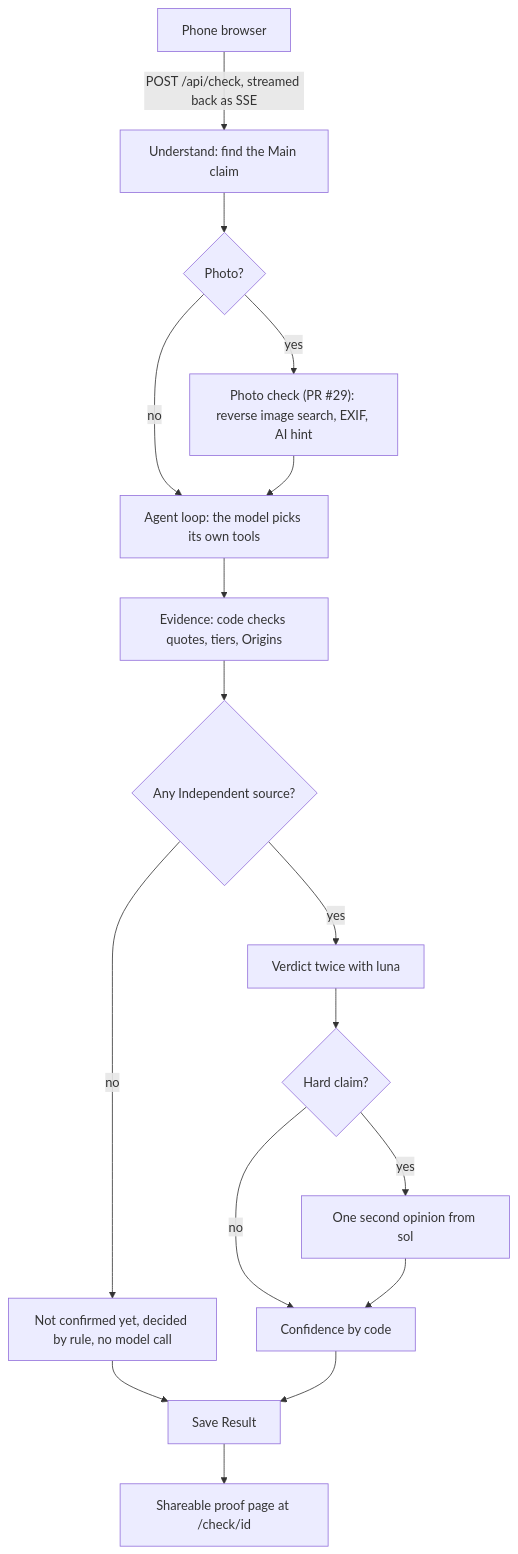
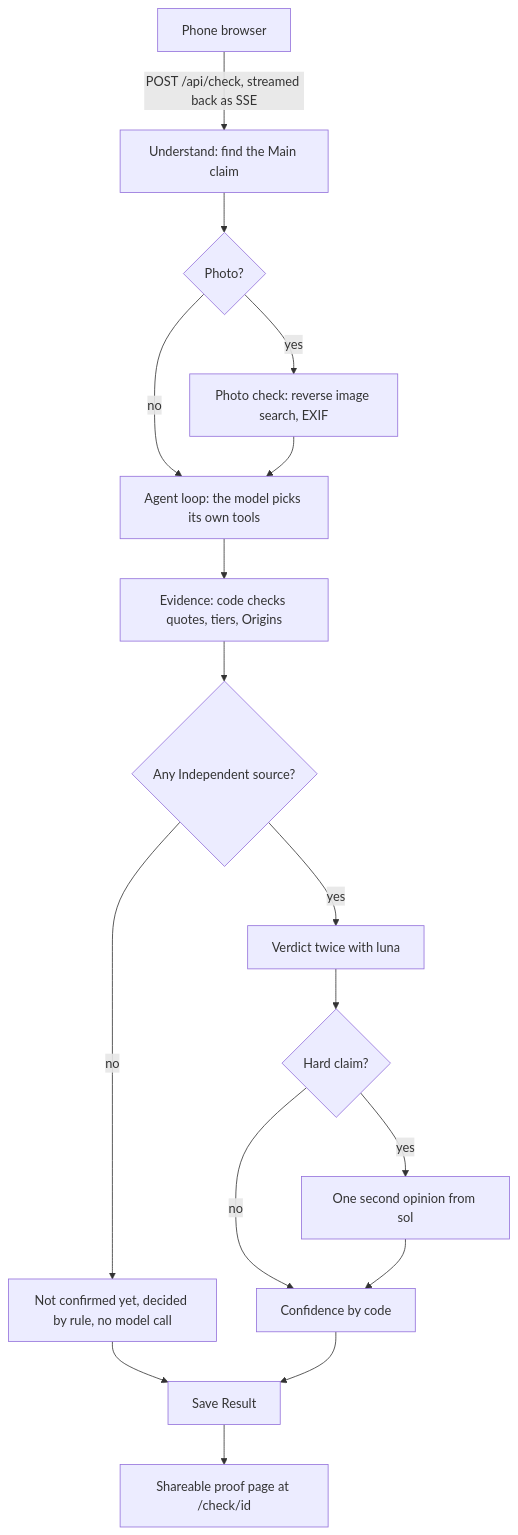
One commit to Souravkumarverma123/TruthAgent changed the diagram in README.md. Above: the diagram before and after it, drawn with Mermaid. The commit also changed other lines of this file and 10 other files, not shown here.

First line of the commit message:
Remove Sightengine: the Photo check rests on reverse image search and EXIF

````diff
--- a/README.md
+++ b/README.md
@@ -104,19 +104,19 @@
 ```mermaid
 flowchart TD
     A["Phone browser"] -->|"POST /api/check, streamed back as SSE"| B["Understand: find the Main claim"]
     B --> P{"Photo?"}
-    P -->|yes| PC["Photo check (PR #29): reverse image search, EXIF, AI hint"]
+    P -->|yes| PC["Photo check: reverse image search, EXIF"]
     P -->|no| C
     PC --> C["Agent loop: the model picks its own tools"]
     C --> D["Evidence: code checks quotes, tiers, Origins"]
     D --> E{"Any Independent source?"}
     E -->|no| F["Not confirmed yet, decided by rule, no model call"]
     E -->|yes| G["Verdict twice with luna"]
     G --> H{"Hard claim?"}
     H -->|no| I["Confidence by code"]
     H -->|yes| J["One second opinion from sol"]
     J --> I
     F --> K["Save Result"]
     I --> K
     K --> L["Shareable proof page at /check/id"]
 ```
````
